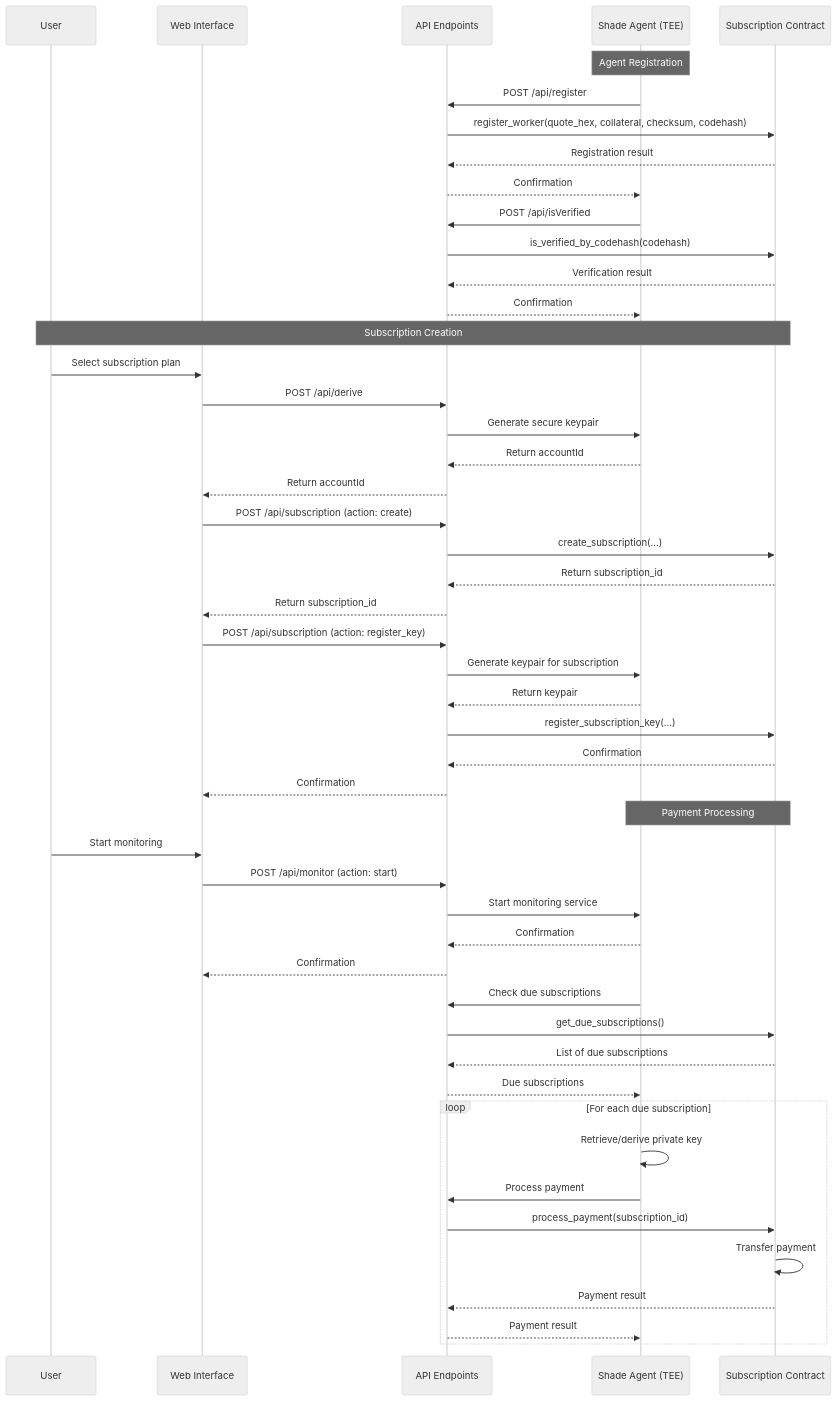
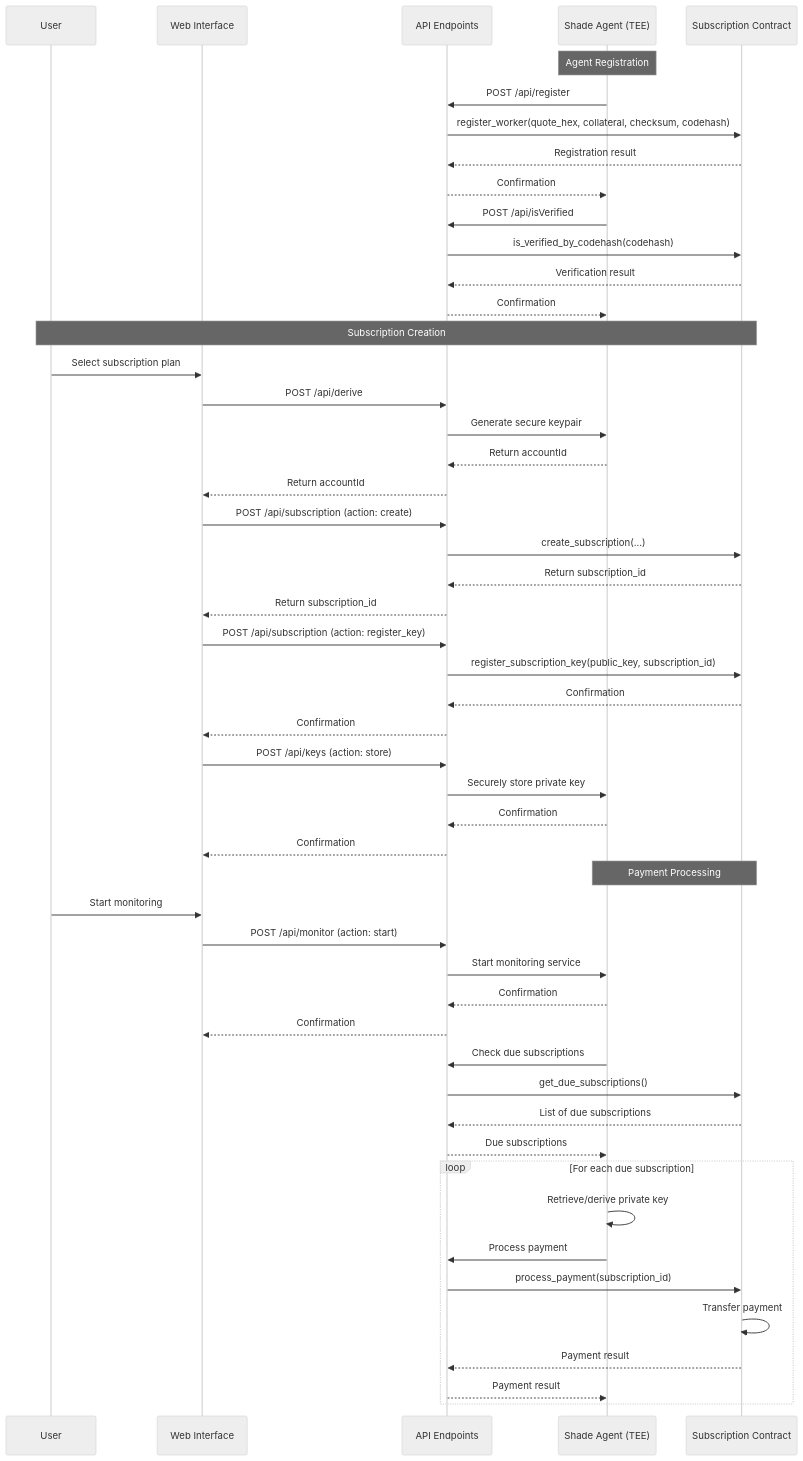
Before and after one commit to Pingpayio/ping-subscription-service: the fifth of 5 diagrams in ARCHITECTURE.md, drawn with Mermaid (neutral theme). The commit also changed other lines of this file and 37 other files, not shown here.

````diff
--- a/ARCHITECTURE.md
+++ b/ARCHITECTURE.md
@@ -413,59 +440,62 @@
 ```mermaid
 sequenceDiagram
     participant User
     participant UI as Web Interface
     participant API as API Endpoints
     participant TEE as Shade Agent (TEE)
     participant Contract as Subscription Contract
     
     Note over TEE: Agent Registration
     TEE->>API: POST /api/register
     API->>Contract: register_worker(quote_hex, collateral, checksum, codehash)
     Contract-->>API: Registration result
     API-->>TEE: Confirmation
     
     TEE->>API: POST /api/isVerified
     API->>Contract: is_verified_by_codehash(codehash)
     Contract-->>API: Verification result
     API-->>TEE: Confirmation
     
     Note over User,Contract: Subscription Creation
     User->>UI: Select subscription plan
     UI->>API: POST /api/derive
     API->>TEE: Generate secure keypair
     TEE-->>API: Return accountId
     API-->>UI: Return accountId
     
     UI->>API: POST /api/subscription (action: create)
     API->>Contract: create_subscription(...)
     Contract-->>API: Return subscription_id
     API-->>UI: Return subscription_id
     
     UI->>API: POST /api/subscription (action: register_key)
-    API->>TEE: Generate keypair for subscription
-    TEE-->>API: Return keypair
-    API->>Contract: register_subscription_key(...)
+    API->>Contract: register_subscription_key(public_key, subscription_id)
     Contract-->>API: Confirmation
+    API-->>UI: Confirmation
+    
+    UI->>API: POST /api/keys (action: store)
+    API->>TEE: Securely store private key
+    TEE-->>API: Confirmation
     API-->>UI: Confirmation
     
     Note over TEE,Contract: Payment Processing
     User->>UI: Start monitoring
     UI->>API: POST /api/monitor (action: start)
     API->>TEE: Start monitoring service
     TEE-->>API: Confirmation
     API-->>UI: Confirmation
     
     TEE->>API: Check due subscriptions
     API->>Contract: get_due_subscriptions()
     Contract-->>API: List of due subscriptions
     API-->>TEE: Due subscriptions
     
     loop For each due subscription
         TEE->>TEE: Retrieve/derive private key
         TEE->>API: Process payment
         API->>Contract: process_payment(subscription_id)
         Contract->>Contract: Transfer payment
         Contract-->>API: Payment result
         API-->>TEE: Payment result
     end
 ```
````
